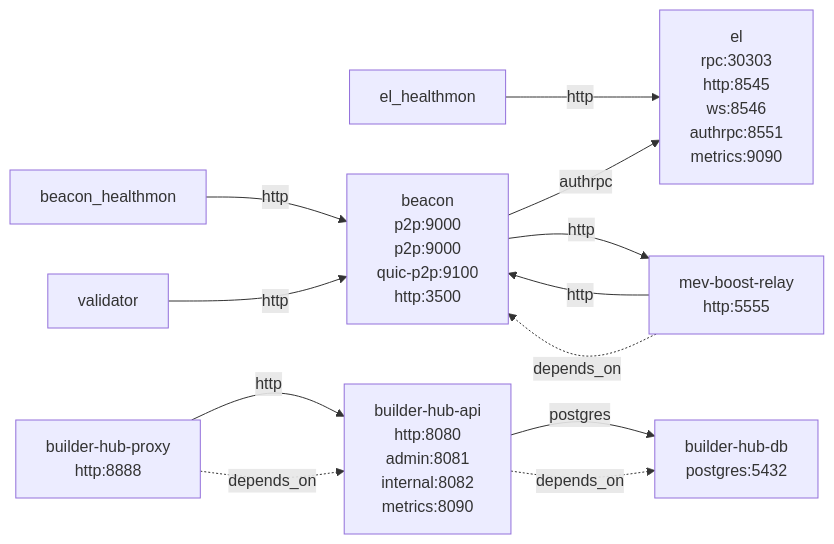
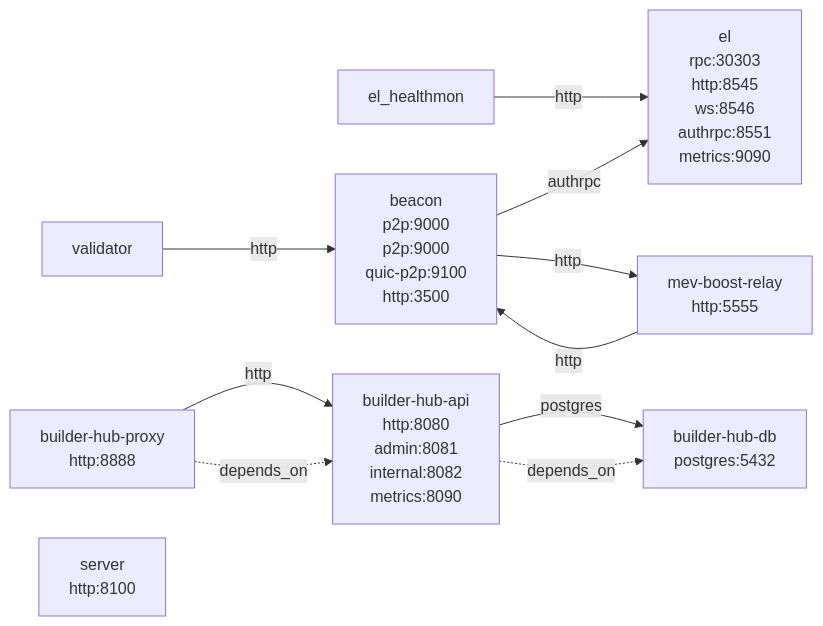
One commit to flashbots/builder-playground changed the diagram in docs/recipes/buildernet.md. Above: the diagram before and after it, drawn with Mermaid. The commit also changed 35 other files, not shown here.

````diff
--- a/docs/recipes/buildernet.md
+++ b/docs/recipes/buildernet.md
@@ -19,24 +19,22 @@
 ```mermaid
 graph LR
   el["el<br/>rpc:30303<br/>http:8545<br/>ws:8546<br/>authrpc:8551<br/>metrics:9090"]
   el_healthmon["el_healthmon"]
   beacon["beacon<br/>p2p:9000<br/>p2p:9000<br/>quic-p2p:9100<br/>http:3500"]
-  beacon_healthmon["beacon_healthmon"]
   validator["validator"]
   mev_boost_relay["mev-boost-relay<br/>http:5555"]
   builder_hub_db["builder-hub-db<br/>postgres:5432"]
   builder_hub_api["builder-hub-api<br/>http:8080<br/>admin:8081<br/>internal:8082<br/>metrics:8090"]
   builder_hub_proxy["builder-hub-proxy<br/>http:8888"]
+  server["server<br/>http:8100"]
 
   el_healthmon -->|http| el
   beacon -->|authrpc| el
   beacon -->|http| mev_boost_relay
-  beacon_healthmon -->|http| beacon
   validator -->|http| beacon
   mev_boost_relay -->|http| beacon
   builder_hub_api -->|postgres| builder_hub_db
   builder_hub_proxy -->|http| builder_hub_api
-  mev_boost_relay -.->|depends_on| beacon
   builder_hub_api -.->|depends_on| builder_hub_db
   builder_hub_proxy -.->|depends_on| builder_hub_api
 ```
````
